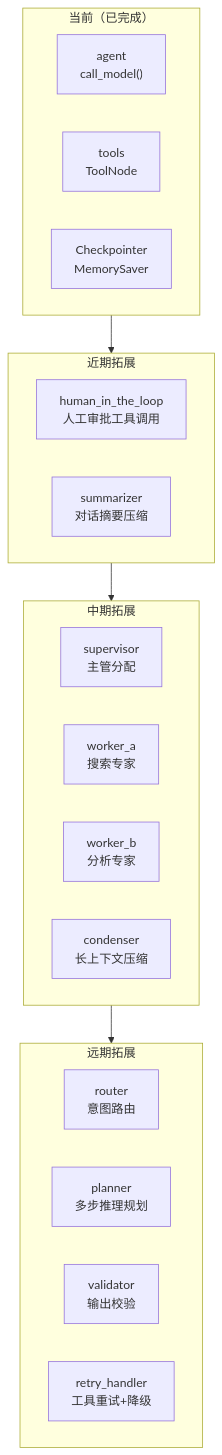
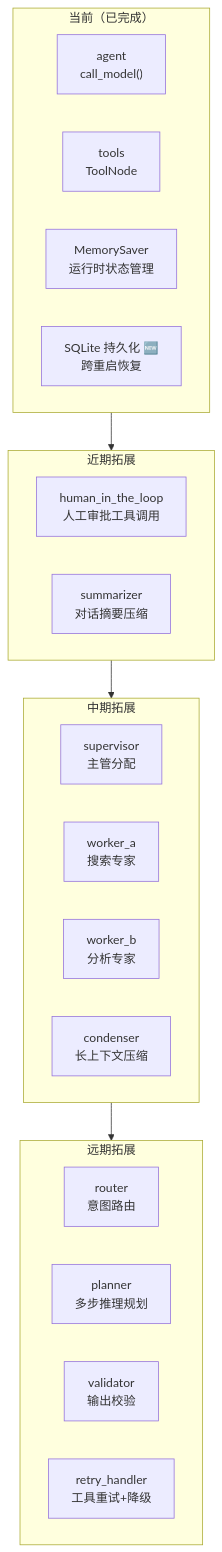
The seventh of 9 diagrams in docs/agent-architecture-diagrams.md (wuLa0702/llm_wiki_selfbuild), drawn with Mermaid before and after one commit. The commit also changed other lines of this file, not shown here.

First line of the commit message:
docs(agent): 更新架构图——MemorySaver+SQLite 混合方案 + 最新节点标注

````diff
--- a/docs/agent-architecture-diagrams.md
+++ b/docs/agent-architecture-diagrams.md
@@ -173,31 +269,32 @@
 ```mermaid
 flowchart TD
     subgraph CURRENT["当前（已完成）"]
         AGENT["agent<br/>call_model()"]
         TOOLS["tools<br/>ToolNode"]
-        CHECK["Checkpointer<br/>MemorySaver"]
+        CHECK["MemorySaver<br/>运行时状态管理"]
+        SQLITE["SQLite 持久化 🆕<br/>跨重启恢复"]
     end
-    
+
     subgraph P1["近期拓展"]
         HUMAN["human_in_the_loop<br/>人工审批工具调用"]
         MEMORY["summarizer<br/>对话摘要压缩"]
     end
-    
+
     subgraph P2["中期拓展"]
         SUPERVISOR["supervisor<br/>主管分配"]
         WORKER1["worker_a<br/>搜索专家"]
         WORKER2["worker_b<br/>分析专家"]
         CONDENSER["condenser<br/>长上下文压缩"]
     end
-    
+
     subgraph P3["远期拓展"]
         ROUTER["router<br/>意图路由"]
         PLANNER["planner<br/>多步推理规划"]
         VALIDATOR["validator<br/>输出校验"]
         RETRY["retry_handler<br/>工具重试+降级"]
     end
-    
+
     CURRENT --> P1
     P1 --> P2
     P2 --> P3
 ```
````
